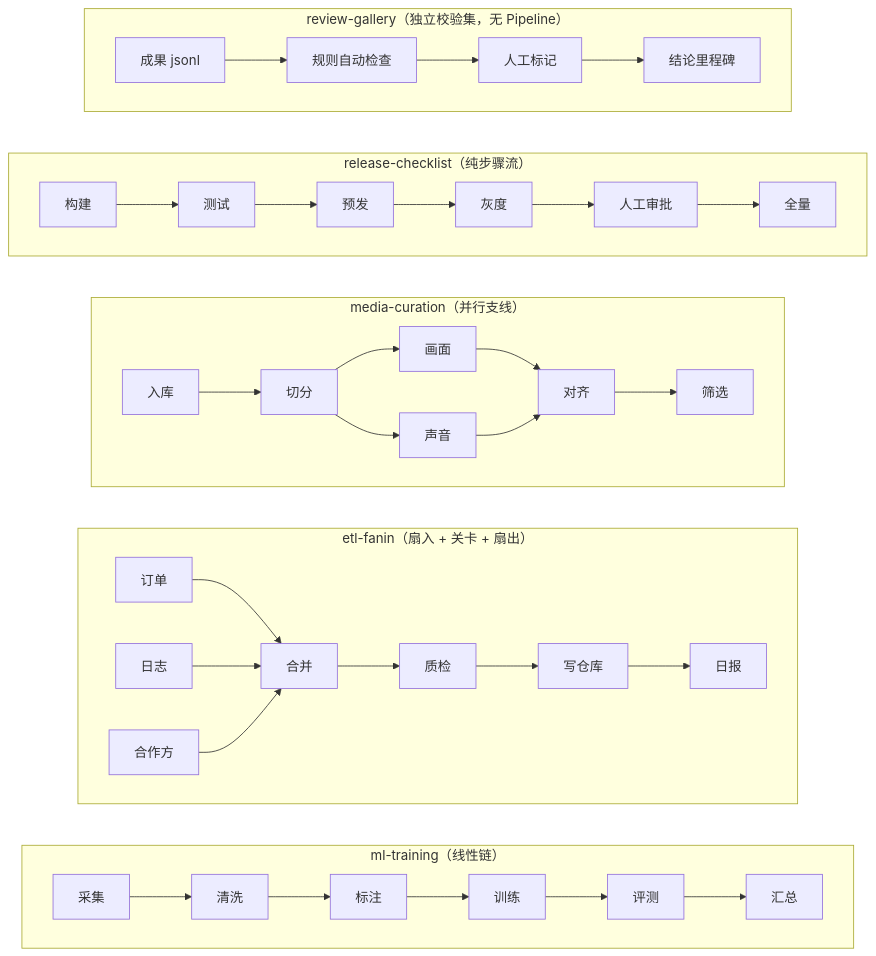
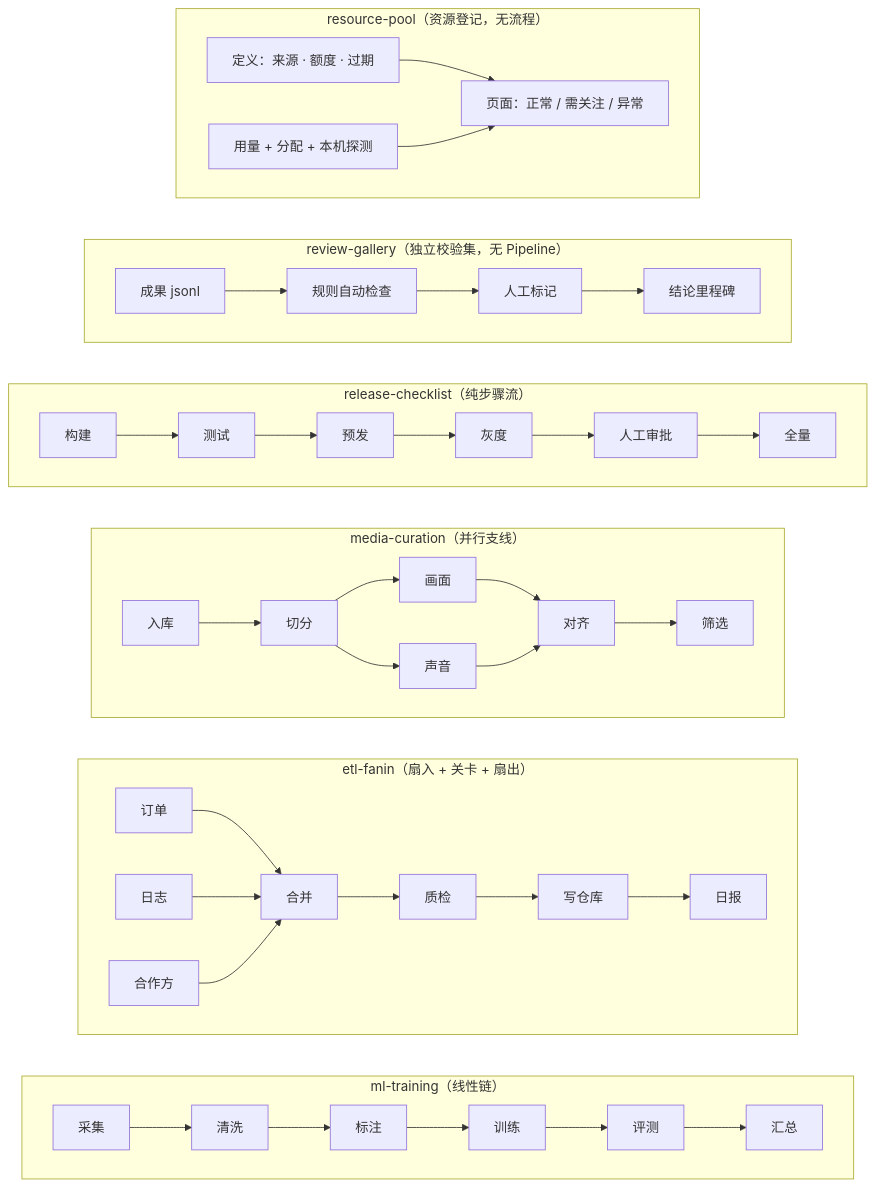
One commit to StevenHuang233/AI-record changed the second of 2 diagrams in examples/README.md. Above: the diagram before and after it, drawn with Mermaid. The commit also changed other lines of this file and 16 other files, not shown here.

Commit message:
feat: 资源管理模块（API Key / GPU / CPU / 磁盘 / 服务；密钥只登记来源、多层防泄露；本机探测；分配与健康判断）、第六个范例 resource-pool

````diff
--- a/examples/README.md
+++ b/examples/README.md
@@ -29,29 +30,34 @@
 ```mermaid
 flowchart LR
     subgraph ML["ml-training（线性链）"]
         direction LR
         m1["采集"] --> m2["清洗"] --> m3["标注"] --> m4["训练"] --> m5["评测"] --> m6["汇总"]
     end
     subgraph ETL["etl-fanin（扇入 + 关卡 + 扇出）"]
         direction LR
         e1["订单"] --> em["合并"]
         e2["日志"] --> em
         e3["合作方"] --> em
         em --> eg["质检"] --> ew["写仓库"] --> er["日报"]
     end
     subgraph MED["media-curation（并行支线）"]
         direction LR
         d1["入库"] --> d2["切分"]
         d2 --> d3["画面"] --> d5["对齐"]
         d2 --> d4["声音"] --> d5
         d5 --> d6["筛选"]
     end
     subgraph REL["release-checklist（纯步骤流）"]
         direction LR
         r1["构建"] --> r2["测试"] --> r3["预发"] --> r4["灰度"] --> r5["人工审批"] --> r6["全量"]
     end
     subgraph GAL["review-gallery（独立校验集，无 Pipeline）"]
         direction LR
         g1["成果 jsonl"] --> g2["规则自动检查"] --> g3["人工标记"] --> g4["结论里程碑"]
     end
+    subgraph RES["resource-pool（资源登记，无流程）"]
+        direction LR
+        p1["定义：来源 · 额度 · 过期"] --> p3["页面：正常 / 需关注 / 异常"]
+        p2["用量 + 分配 + 本机探测"] --> p3
+    end
 ```
````
